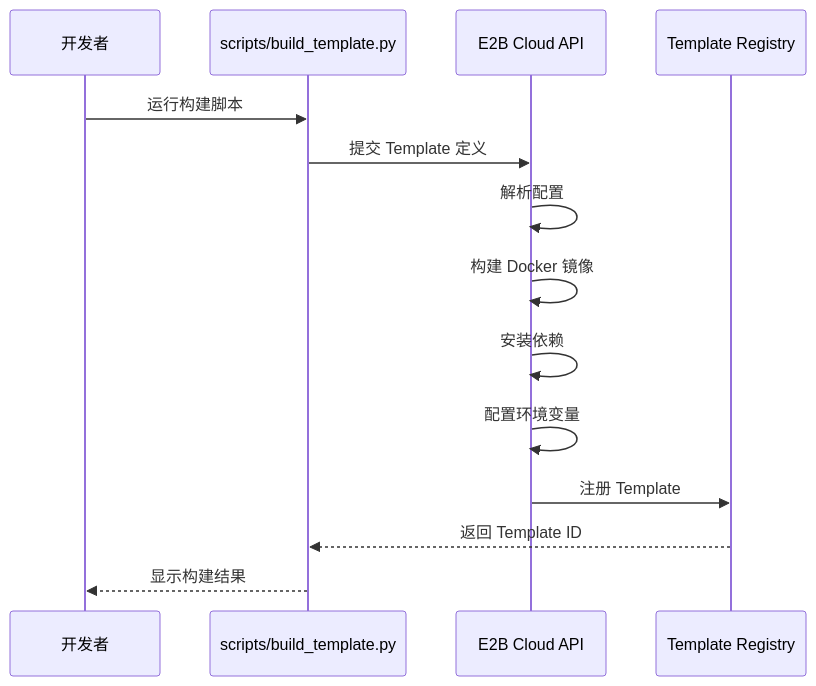
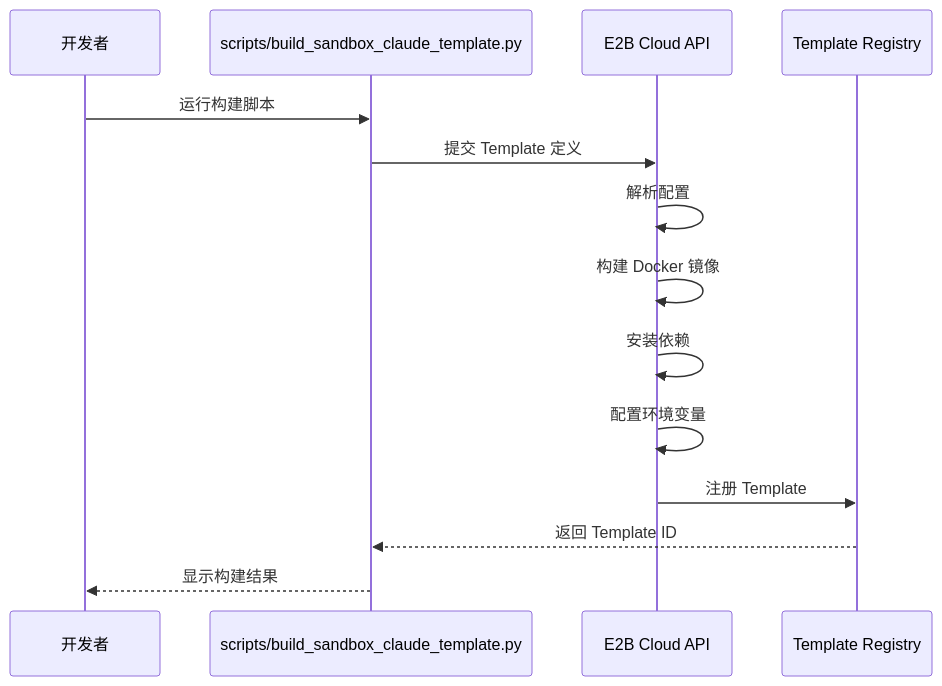
Before and after one commit to xiaodong528/Genie: the second of 7 diagrams in docs/tech/architecture.md, drawn with Mermaid. The commit also changed other lines of this file and 5 other files, not shown here.

````diff
--- a/docs/tech/architecture.md
+++ b/docs/tech/architecture.md
@@ -181,17 +181,17 @@
 ```mermaid
 sequenceDiagram
     participant Dev as 开发者
-    participant Script as scripts/build_template.py
+    participant Script as scripts/build_sandbox_claude_template.py
     participant E2B as E2B Cloud API
     participant Registry as Template Registry
 
     Dev->>Script: 运行构建脚本
     Script->>E2B: 提交 Template 定义
     E2B->>E2B: 解析配置
     E2B->>E2B: 构建 Docker 镜像
     E2B->>E2B: 安装依赖
     E2B->>E2B: 配置环境变量
     E2B->>Registry: 注册 Template
     Registry-->>Script: 返回 Template ID
     Script-->>Dev: 显示构建结果
 ```
````
